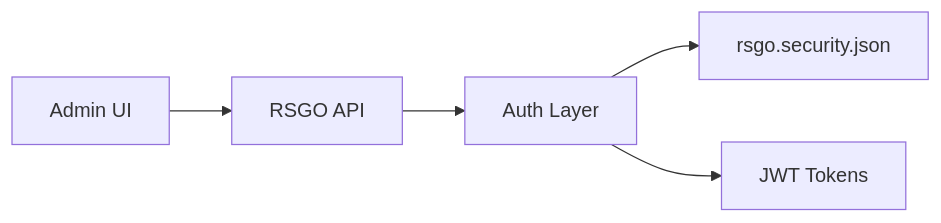
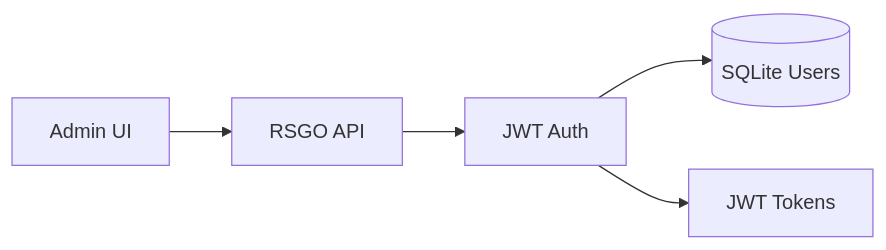
Before and after one commit to Wiesenwischer/ReadyStackGo: the fifth of 6 diagrams in docs/Architecture/Overview.md, drawn with Mermaid. The commit also changed other lines of this file and 3 other files, not shown here.

Commit message:
Update documentation for v0.6 DDD architecture

````diff
--- a/docs/Architecture/Overview.md
+++ b/docs/Architecture/Overview.md
@@ -213,7 +252,7 @@
 ```mermaid
 flowchart LR
     UI["Admin UI"] --> API["RSGO API"]
-    API --> AUTH["Auth Layer"]
-    AUTH --> CFG["rsgo.security.json"]
+    API --> AUTH["JWT Auth"]
+    AUTH --> DB[("SQLite Users")]
     AUTH --> JWT["JWT Tokens"]
 ```
````
